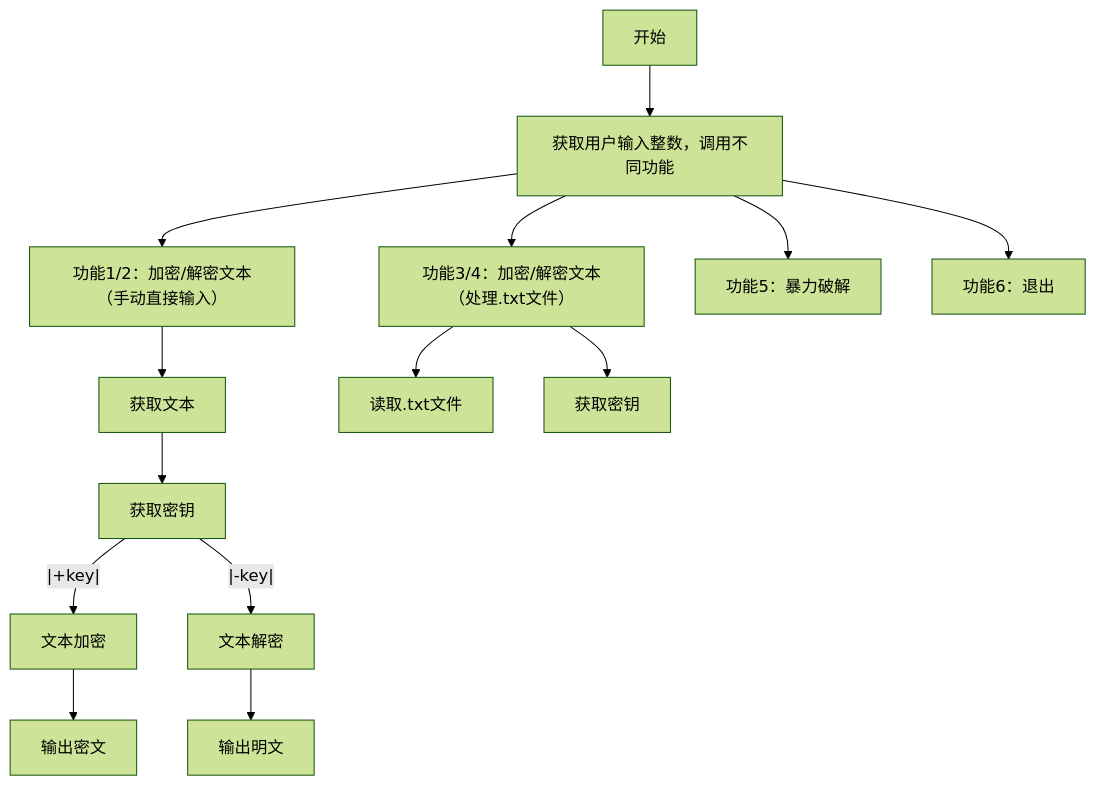
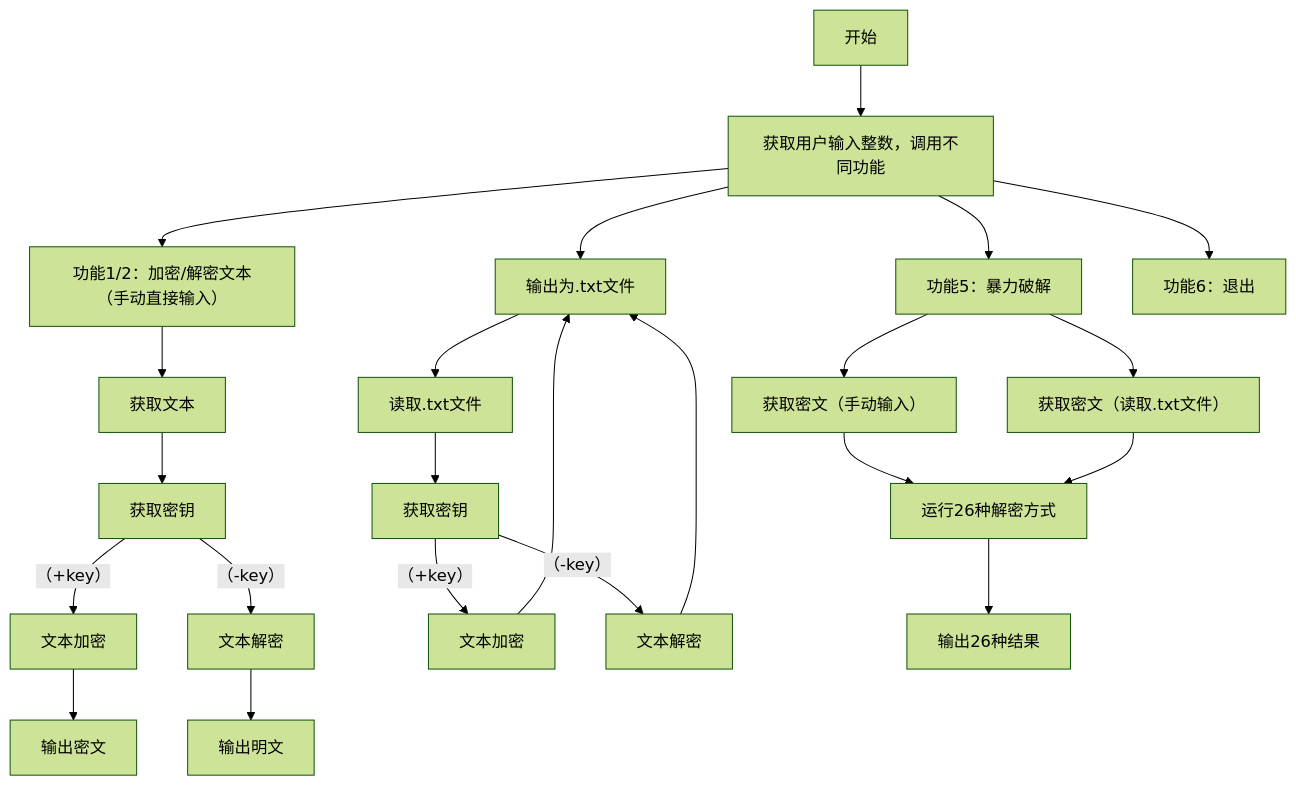
Before and after one commit to Python-Programming-2026/project1-caesar-cipher-super-awesome-team: the diagram in README.md, drawn with Mermaid (forest theme).

````diff
--- a/README.md
+++ b/README.md
@@ -49,20 +49,30 @@
 ```mermaid
 flowchart TD
   A[开始] --> B[获取用户输入整数，调用不同功能]
   B --> C[功能1/2：加密/解密文本（手动直接输入）]
   B --> E[功能3/4：加密/解密文本（处理.txt文件）]
   B --> G[功能5：暴力破解]
   B --> H[功能6：退出]
 
   C --> C1[获取文本]
   C1 --> C2[获取密钥]
-  C2 --|+key|--> C3[文本加密]
-  C2 --|-key|--> C4[文本解密]
+  C2 --（+key）--> C3[文本加密]
+  C2 --（-key）--> C4[文本解密]
 
   C3 --> C5[输出密文]
   C4 --> C6[输出明文]
 
   E --> D[读取.txt文件]
-  E --> F[获取密钥]
+  D --> F[获取密钥]
+  F --（+key）--> F3[文本加密]
+  F --（-key）--> F4[文本解密]
+  F3 --> E[输出为.txt文件]
+  F4 --> E[输出为.txt文件]
+
+  G --> G1[获取密文（手动输入）]
+  G --> G2[获取密文（读取.txt文件）]
+  G1 --> G11[运行26种解密方式]
+  G2 --> G11
+  G11 --> G111[输出26种结果]
   
   ```
````
